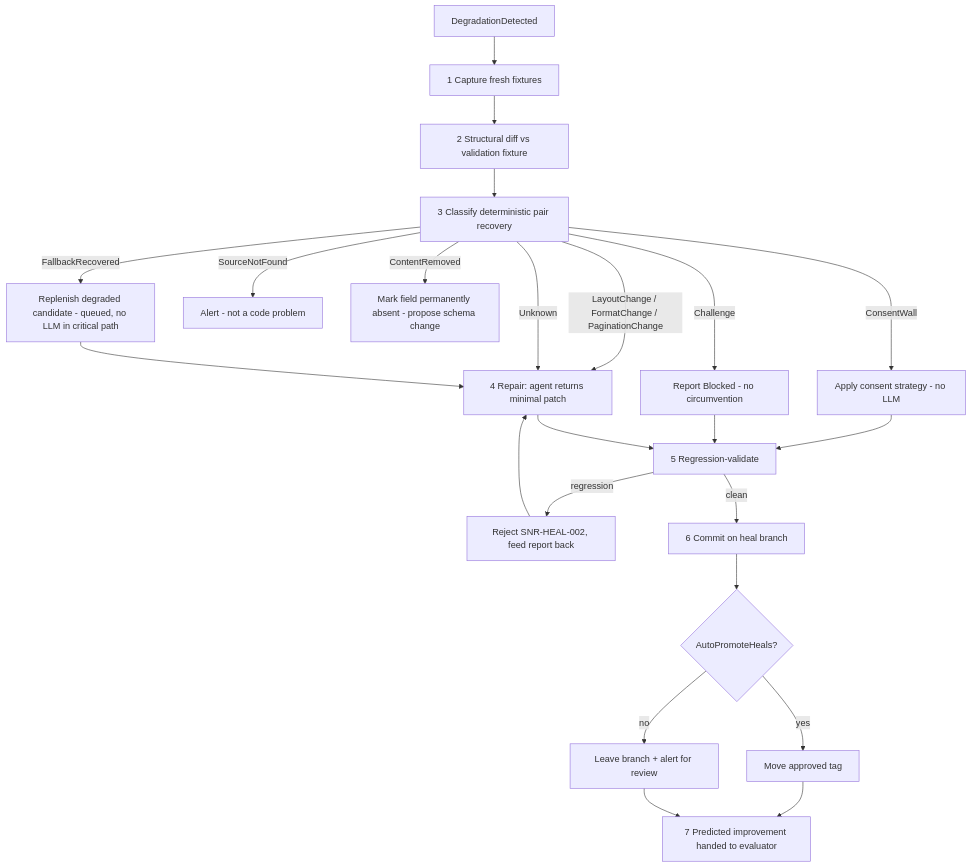
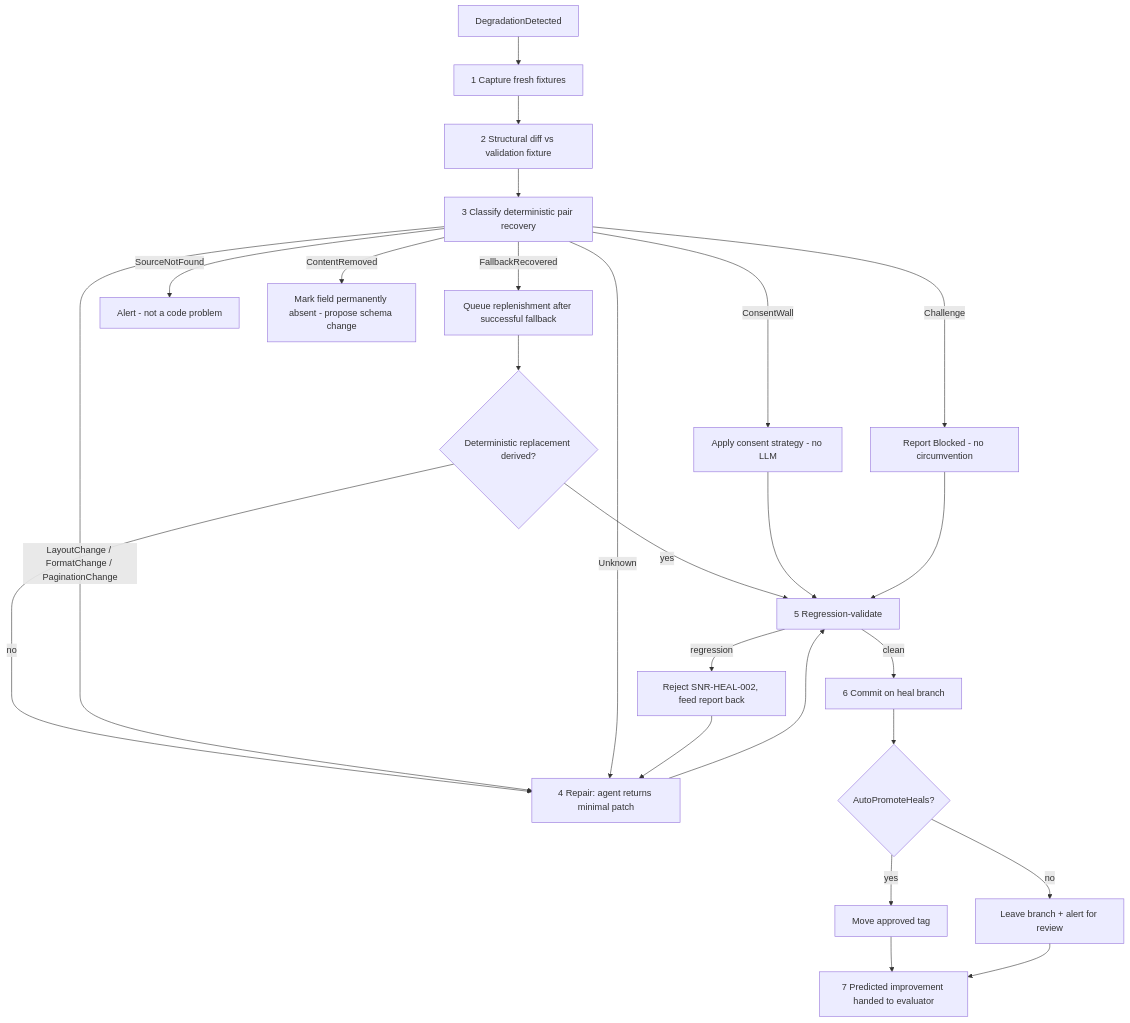
The diagram in docs/features/healing-workflow.md (sommmen/Sanare), drawn with Mermaid before and after one commit. The commit also changed other lines of this file and 4 other files, not shown here.

````diff
--- a/docs/features/healing-workflow.md
+++ b/docs/features/healing-workflow.md
@@ -83,25 +83,27 @@
 ```mermaid
 flowchart TD
     A[DegradationDetected] --> B[1 Capture fresh fixtures]
     B --> C[2 Structural diff vs validation fixture]
     C --> D[3 Classify deterministic pair recovery]
-    D -- FallbackRecovered --> R[Replenish degraded candidate - queued, no LLM in critical path]
+    D -- FallbackRecovered --> R[Queue replenishment after successful fallback]
+    R --> Q{Deterministic replacement derived?}
+    Q -- yes --> J[5 Regression-validate]
+    Q -- no --> H[4 Repair: agent returns minimal patch]
     D -- ConsentWall --> E[Apply consent strategy - no LLM]
     D -- Challenge --> F[Report Blocked - no circumvention]
     D -- SourceNotFound --> G[Alert - not a code problem]
     D -- LayoutChange / FormatChange / PaginationChange --> H[4 Repair: agent returns minimal patch]
     D -- ContentRemoved --> I[Mark field permanently absent - propose schema change]
     D -- Unknown --> H
-    R --> H
     E --> J[5 Regression-validate]
     F --> J
     H --> J
     J -- regression --> K[Reject SNR-HEAL-002, feed report back]
     K --> H
     J -- clean --> L[6 Commit on heal branch]
     L --> M{AutoPromoteHeals?}
     M -- yes --> N[Move approved tag]
     M -- no --> O[Leave branch + alert for review]
     N --> P[7 Predicted improvement handed to evaluator]
     O --> P
 ```
````
